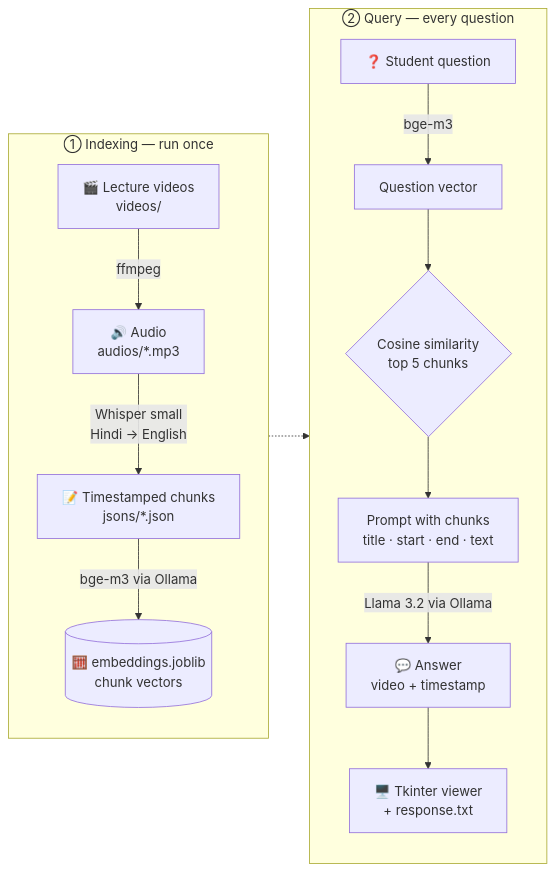
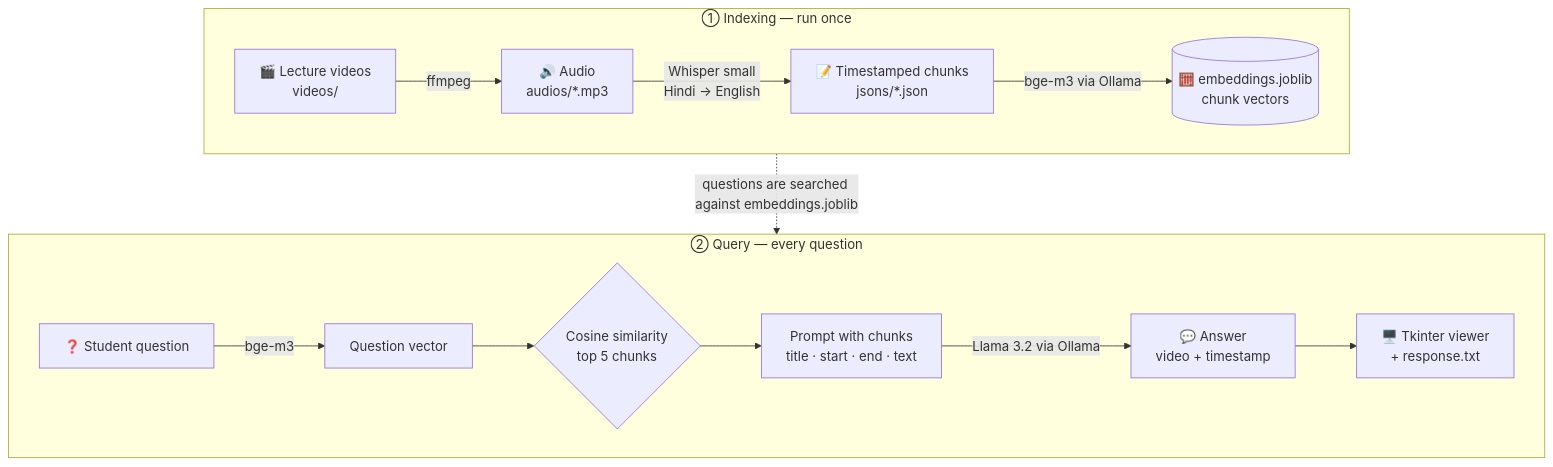
The first of 2 diagrams in README.md (Anurag9557/AI-Teaching-Assistant), drawn with Mermaid before and after one commit.

Commit message:
Stack README pipeline diagram vertically for readability

````diff
--- a/README.md
+++ b/README.md
@@ -18,20 +18,20 @@
 ```mermaid
-flowchart LR
+flowchart TB
     subgraph IDX["① Indexing — run once"]
-        direction TB
+        direction LR
         A["🎬 Lecture videos<br/>videos/"] -->|"ffmpeg"| B["🔊 Audio<br/>audios/*.mp3"]
         B -->|"Whisper small<br/>Hindi → English"| C["📝 Timestamped chunks<br/>jsons/*.json"]
         C -->|"bge-m3 via Ollama"| D[("🧮 embeddings.joblib<br/>chunk vectors")]
     end
 
     subgraph QRY["② Query — every question"]
-        direction TB
+        direction LR
         Q["❓ Student question"] -->|"bge-m3"| QE["Question vector"]
         QE --> S{"Cosine similarity<br/>top 5 chunks"}
         S --> P["Prompt with chunks<br/>title · start · end · text"]
         P -->|"Llama 3.2 via Ollama"| R["💬 Answer<br/>video + timestamp"]
         R --> UI["🖥️ Tkinter viewer<br/>+ response.txt"]
     end
 
-    D -.-> S
+    IDX -.->|"questions are searched against embeddings.joblib"| QRY
 ```
````
